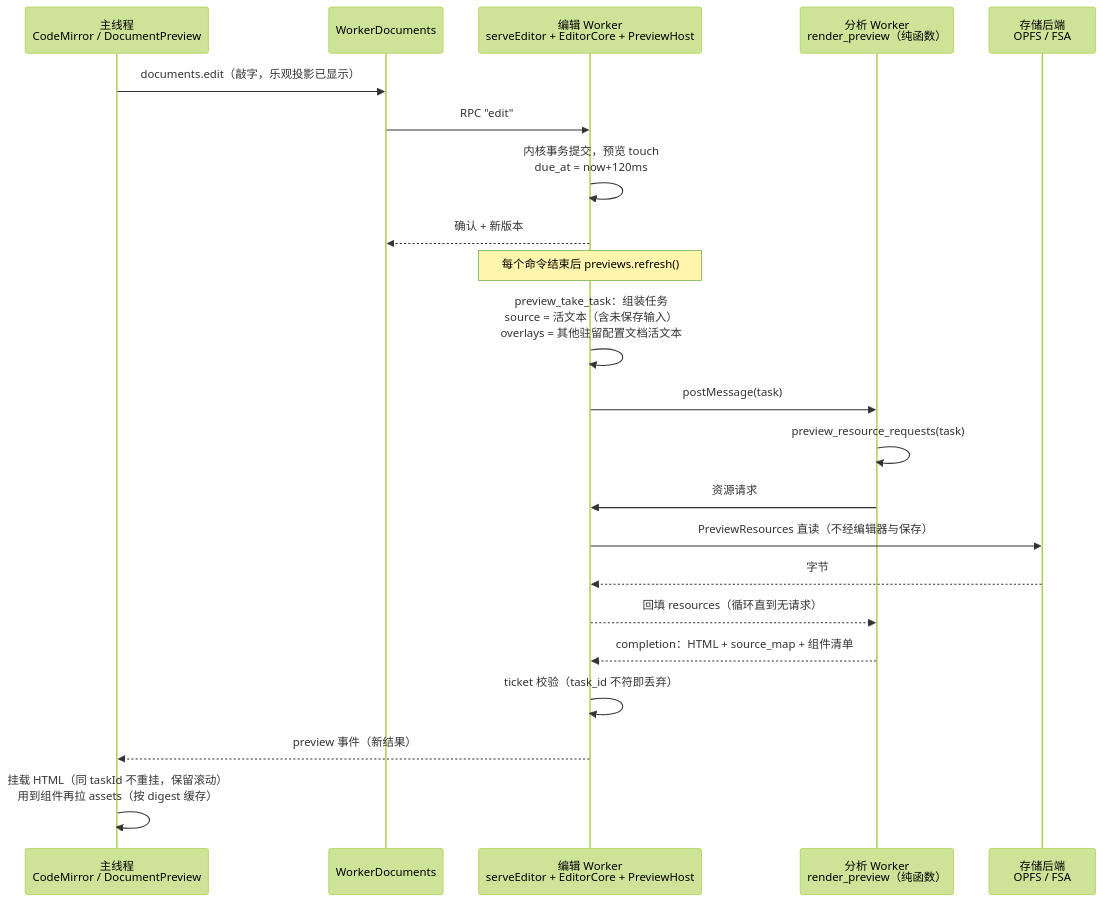
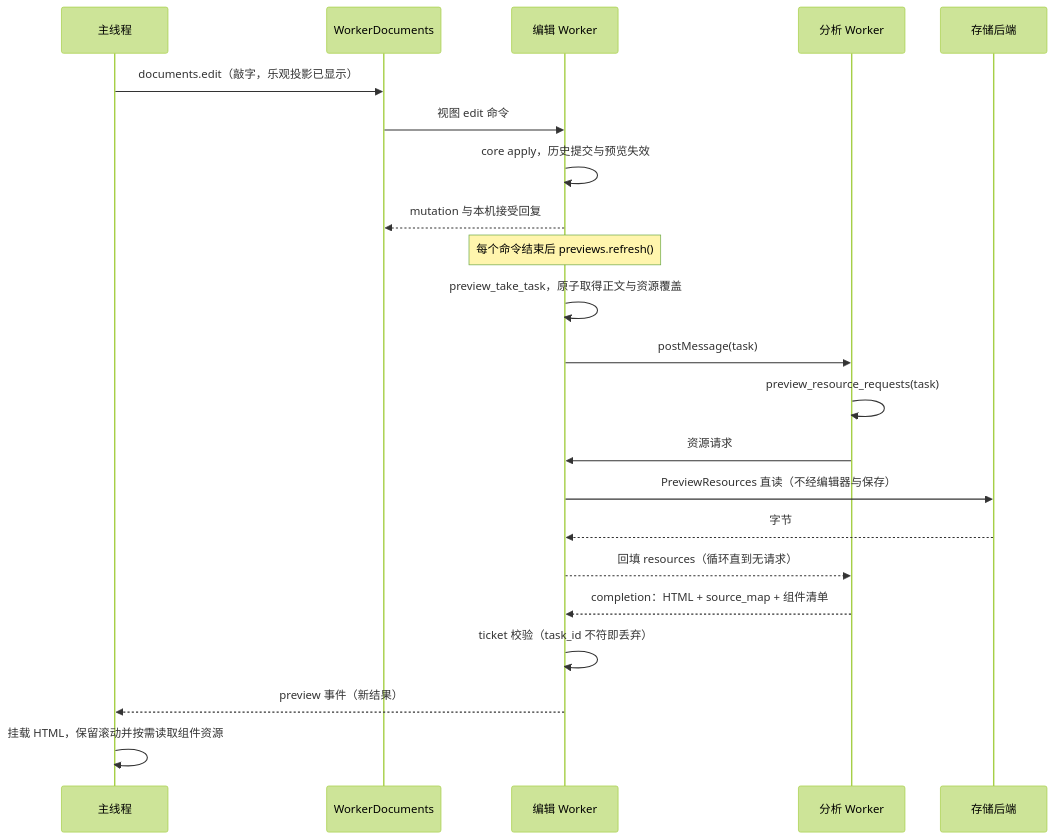
One commit to AzurIce/celestite changed the second of 2 diagrams in docs/core.md. Above: the diagram before and after it, drawn with Mermaid (forest theme). The commit also changed other lines of this file and 152 other files, not shown here.

````diff
--- a/docs/core.md
+++ b/docs/core.md
@@ -109,25 +187,25 @@
 ```mermaid
 sequenceDiagram
-    participant UI as 主线程<br/>CodeMirror / DocumentPreview
+    participant UI as 主线程
     participant WD as WorkerDocuments
-    participant SVC as 编辑 Worker<br/>serveEditor + EditorCore + PreviewHost
-    participant AW as 分析 Worker<br/>render_preview（纯函数）
-    participant FS as 存储后端<br/>OPFS / FSA
+    participant SVC as 编辑 Worker
+    participant AW as 分析 Worker
+    participant FS as 存储后端
 
     UI->>WD: documents.edit（敲字，乐观投影已显示）
-    WD->>SVC: RPC "edit"
-    SVC->>SVC: 内核事务提交，预览 touch<br/>due_at = now+120ms
-    SVC-->>WD: 确认 + 新版本
+    WD->>SVC: 视图 edit 命令
+    SVC->>SVC: core apply，历史提交与预览失效
+    SVC-->>WD: mutation 与本机接受回复
     Note over SVC: 每个命令结束后 previews.refresh()
-    SVC->>SVC: preview_take_task：组装任务<br/>source = 活文本（含未保存输入）<br/>overlays = 其他驻留配置文档活文本
+    SVC->>SVC: preview_take_task，原子取得正文与资源覆盖
     SVC->>AW: postMessage(task)
     AW->>AW: preview_resource_requests(task)
     AW->>SVC: 资源请求
     SVC->>FS: PreviewResources 直读（不经编辑器与保存）
     FS-->>SVC: 字节
     SVC-->>AW: 回填 resources（循环直到无请求）
     AW-->>SVC: completion：HTML + source_map + 组件清单
     SVC->>SVC: ticket 校验（task_id 不符即丢弃）
     SVC-->>UI: preview 事件（新结果）
-    UI->>UI: 挂载 HTML（同 taskId 不重挂，保留滚动）<br/>用到组件再拉 assets（按 digest 缓存）
+    UI->>UI: 挂载 HTML，保留滚动并按需读取组件资源
 ```
````
